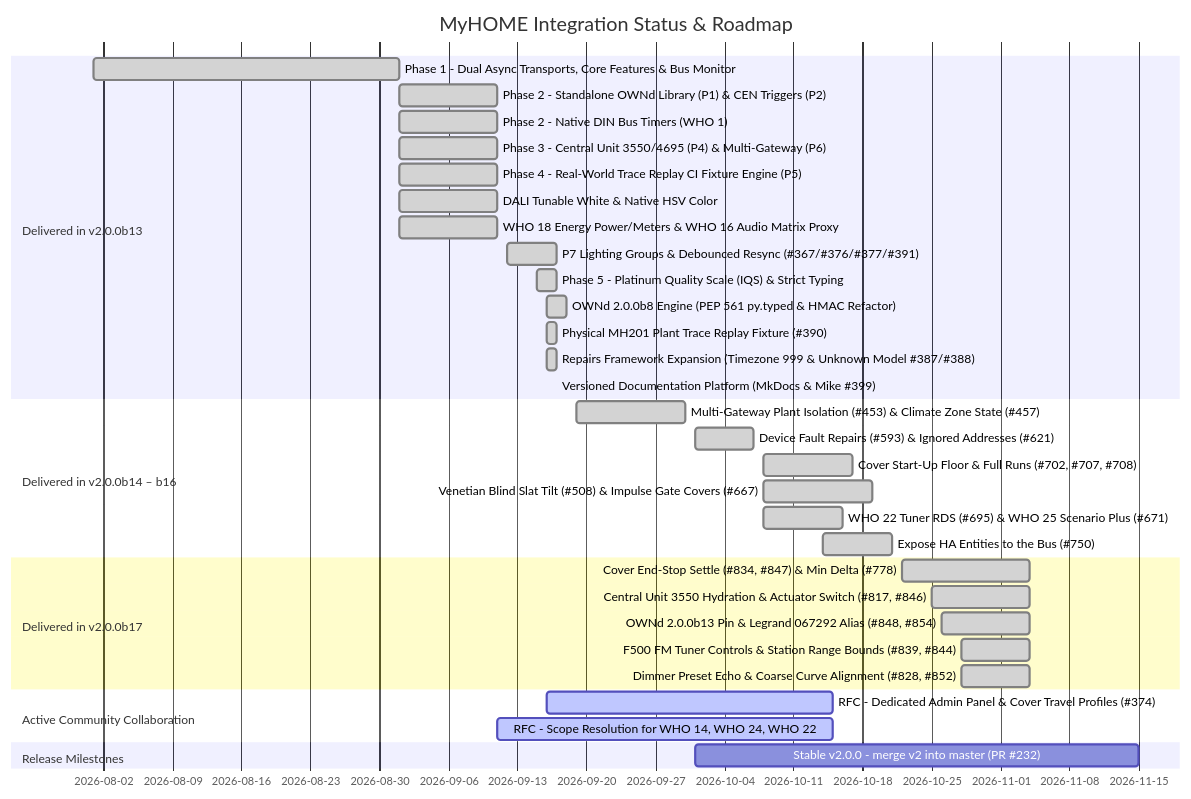
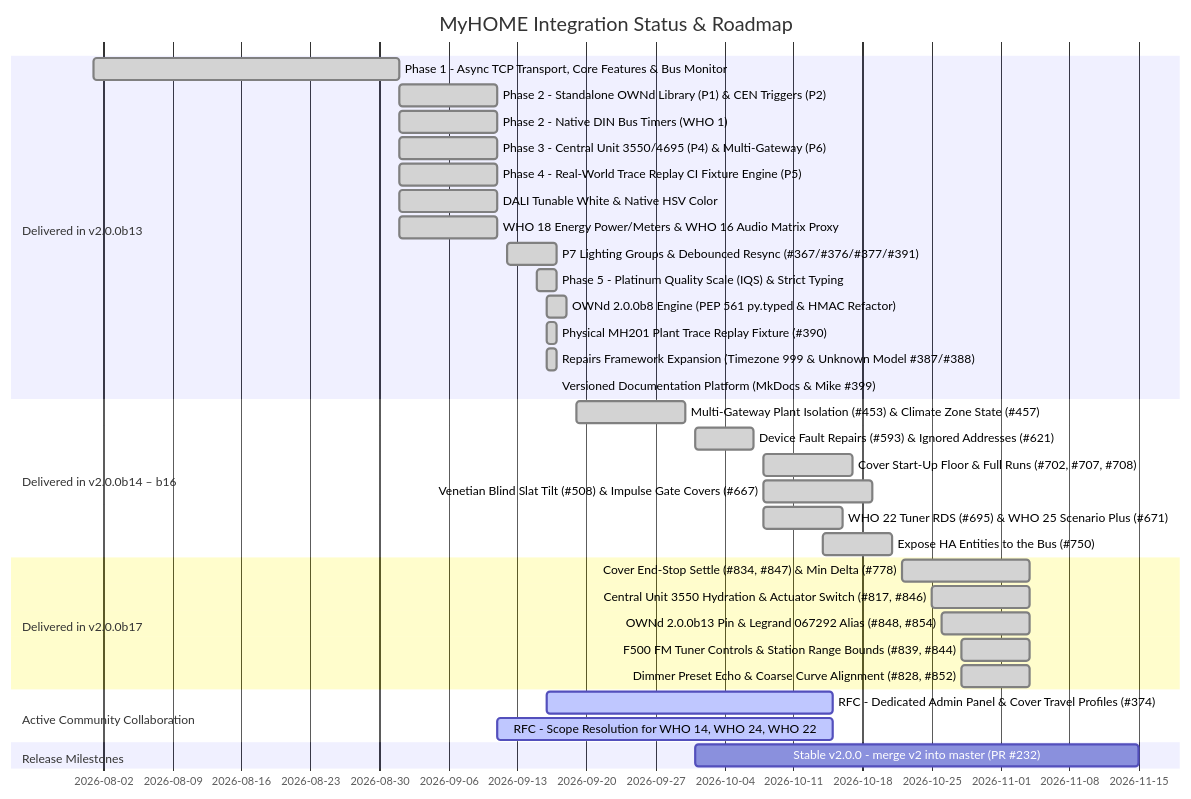
Before and after one commit to OpenWebNet-HA/MyHOME: the first of 3 diagrams in ROADMAP.md, drawn with Mermaid. The commit also changed other lines of this file and 49 other files, not shown here.

````diff
--- a/ROADMAP.md
+++ b/ROADMAP.md
@@ -13,37 +13,37 @@
 ```mermaid
 gantt
     title MyHOME Integration Status & Roadmap
     dateFormat  YYYY-MM-DD
     section Delivered in v2.0.0b13
-    Phase 1 - Dual Async Transports, Core Features & Bus Monitor    :done, 2026-08-01, 2026-09-01
+    Phase 1 - Async TCP Transport, Core Features & Bus Monitor      :done, 2026-08-01, 2026-09-01
     Phase 2 - Standalone OWNd Library (P1) & CEN Triggers (P2)      :done, 2026-09-01, 2026-09-11
     Phase 2 - Native DIN Bus Timers (WHO 1)                         :done, 2026-09-01, 2026-09-11
     Phase 3 - Central Unit 3550/4695 (P4) & Multi-Gateway (P6)      :done, 2026-09-01, 2026-09-11
     Phase 4 - Real-World Trace Replay CI Fixture Engine (P5)        :done, 2026-09-01, 2026-09-11
     DALI Tunable White & Native HSV Color                           :done, 2026-09-01, 2026-09-11
     WHO 18 Energy Power/Meters & WHO 16 Audio Matrix Proxy          :done, 2026-09-01, 2026-09-11
     P7 Lighting Groups & Debounced Resync (#367/#376/#377/#391)     :done, 2026-09-12, 2026-09-17
     Phase 5 - Platinum Quality Scale (IQS) & Strict Typing          :done, 2026-09-15, 2026-09-17
     OWNd 2.0.0b8 Engine (PEP 561 py.typed & HMAC Refactor)          :done, 2026-09-16, 2026-09-18
     Physical MH201 Plant Trace Replay Fixture (#390)                :done, 2026-09-16, 2026-09-17
     Repairs Framework Expansion (Timezone 999 & Unknown Model #387/#388) :done, 2026-09-16, 2026-09-17
     Versioned Documentation Platform (MkDocs & Mike #399)           :done, 2026-09-17, 2026-09-17
     section Delivered in v2.0.0b14 – b16
     Multi-Gateway Plant Isolation (#453) & Climate Zone State (#457) :done, 2026-09-19, 2026-09-30
     Device Fault Repairs (#593) & Ignored Addresses (#621)          :done, 2026-10-01, 2026-10-07
     Cover Start-Up Floor & Full Runs (#702, #707, #708)             :done, 2026-10-08, 2026-10-17
     Venetian Blind Slat Tilt (#508) & Impulse Gate Covers (#667)    :done, 2026-10-08, 2026-10-19
     WHO 22 Tuner RDS (#695) & WHO 25 Scenario Plus (#671)           :done, 2026-10-08, 2026-10-16
     Expose HA Entities to the Bus (#750)                            :done, 2026-10-14, 2026-10-21
     section Delivered in v2.0.0b17
     Cover End-Stop Settle (#834, #847) & Min Delta (#778)           :done, 2026-10-22, 2026-11-04
     Central Unit 3550 Hydration & Actuator Switch (#817, #846)       :done, 2026-10-25, 2026-11-04
     OWNd 2.0.0b13 Pin & Legrand 067292 Alias (#848, #854)           :done, 2026-10-26, 2026-11-04
     F500 FM Tuner Controls & Station Range Bounds (#839, #844)       :done, 2026-10-28, 2026-11-04
     Dimmer Preset Echo & Coarse Curve Alignment (#828, #852)         :done, 2026-10-28, 2026-11-04
     section Active Community Collaboration
     RFC - Dedicated Admin Panel & Cover Travel Profiles (#374)      :active, 2026-09-16, 2026-10-15
     RFC - Scope Resolution for WHO 14, WHO 24, WHO 22               :active, 2026-09-11, 2026-10-15
     section Release Milestones
     Stable v2.0.0 - merge v2 into master (PR #232)                  :2026-10-01, 2026-11-15
 ```
````
